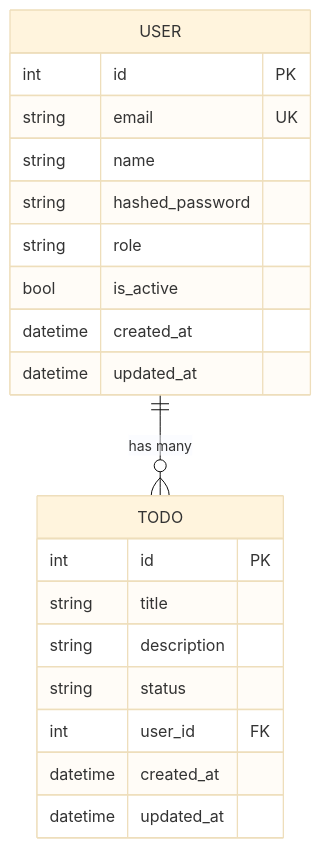
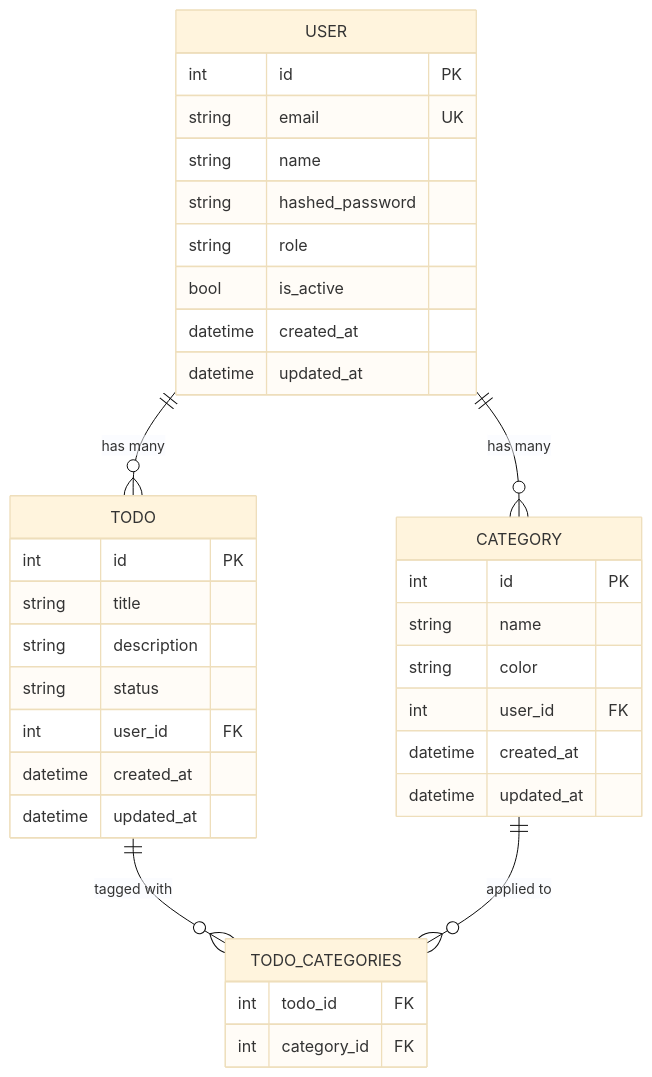
The diagram in docs/reference/erd.md (dangquan1402/dev-workflow-template), drawn with Mermaid (base theme) before and after one commit. The commit also changed other lines of this file and 16 other files, not shown here.

First line of the commit message:
feat(category): add categories for todos with CRUD and filtering (#20)

````diff
--- a/docs/reference/erd.md
+++ b/docs/reference/erd.md
@@ -5,25 +5,42 @@
 ```mermaid
 erDiagram
     USER {
         int id PK
         string email UK
         string name
         string hashed_password
         string role
         bool is_active
         datetime created_at
         datetime updated_at
     }
 
     TODO {
         int id PK
         string title
         string description
         string status
         int user_id FK
         datetime created_at
         datetime updated_at
     }
 
+    CATEGORY {
+        int id PK
+        string name
+        string color
+        int user_id FK
+        datetime created_at
+        datetime updated_at
+    }
+
+    TODO_CATEGORIES {
+        int todo_id FK
+        int category_id FK
+    }
+
     USER ||--o{ TODO : "has many"
+    USER ||--o{ CATEGORY : "has many"
+    TODO ||--o{ TODO_CATEGORIES : "tagged with"
+    CATEGORY ||--o{ TODO_CATEGORIES : "applied to"
 ```
````
